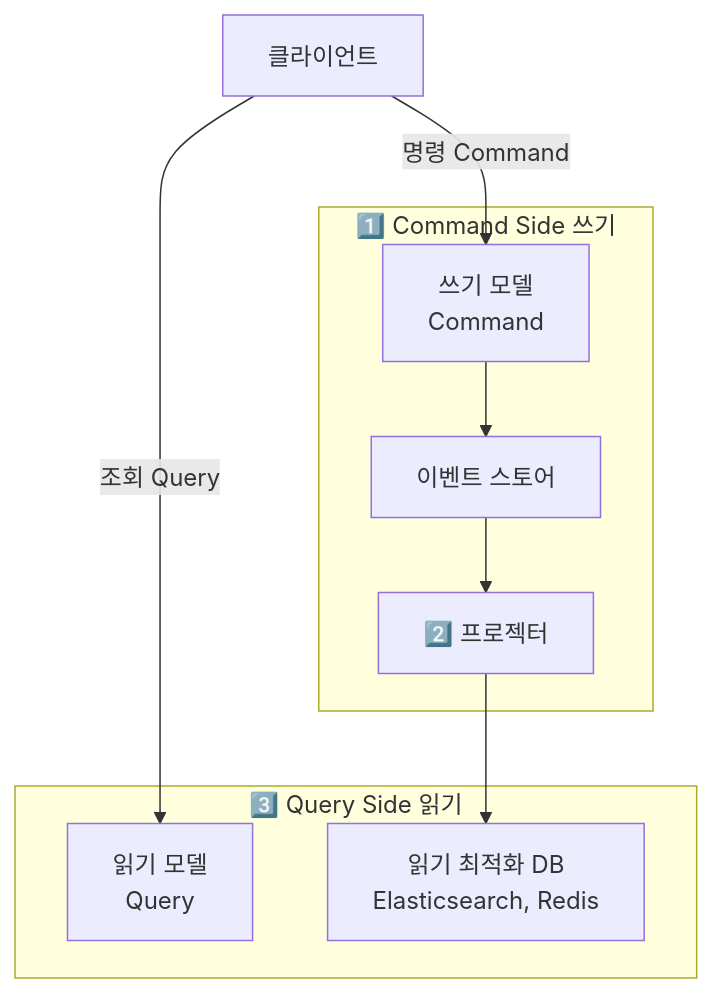
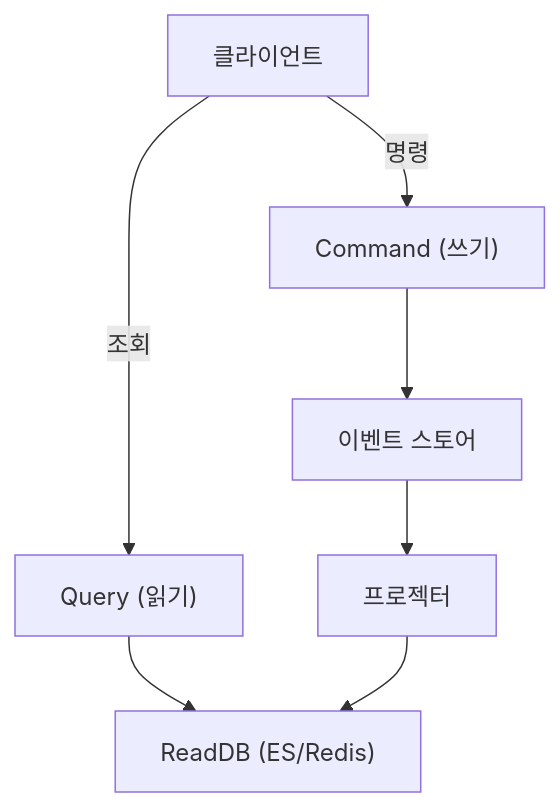
Before and after one commit to yjkim2015/yjkim2015.github.io: diagram 11 of 14 in _posts/architecture/2026-05-02-distributed-transaction-deep.md, drawn with Mermaid. The commit also changed other lines of this file and 215 other files, not shown here.

First line of the commit message:
신규 포스트 10개 추가 + Mermaid 전면 축소 + SystemDesign 시리즈 보강

````diff
--- a/_posts/architecture/2026-05-02-distributed-transaction-deep.md
+++ b/_posts/architecture/2026-05-02-distributed-transaction-deep.md
@@ -530,20 +479,10 @@
 ```mermaid
 graph TD
     Client["클라이언트"]
-
-    subgraph "1️⃣ Command Side 쓰기"
-        Write["쓰기 모델\nCommand"]
-        Write --> EventStore["이벤트 스토어"]
-        EventStore --> Projector["2️⃣ 프로젝터"]
-    end
-
-    subgraph "3️⃣ Query Side 읽기"
-        Read["읽기 모델\nQuery"]
-        ReadDB["읽기 최적화 DB\nElasticsearch, Redis"]
-    end
-
-    Client -->|"명령 Command"| Write
-    Client -->|"조회 Query"| Read
-
-    Projector --> ReadDB
+    Write["Command (쓰기)"] --> ES["이벤트 스토어"]
+    ES --> Proj["프로젝터"]
+    Read["Query (읽기)"] --> RDB["ReadDB (ES/Redis)"]
+    Client -->|"명령"| Write
+    Client -->|"조회"| Read
+    Proj --> RDB
 ```
````
